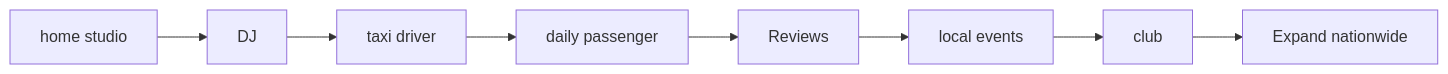
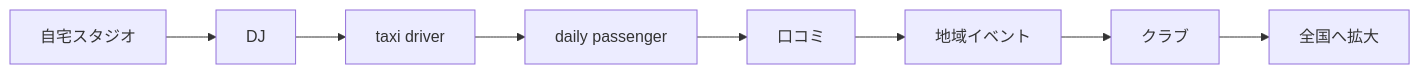
Before and after one commit to monumental-movement/monumental-movement.github.io: the second of 7 diagrams in en/_posts/2026-07-25-column-taxi-amapiano.md, drawn with Mermaid. The commit also changed other lines of this file and 2196 other files, not shown here.

```diff
--- a/en/_posts/2026-07-25-column-taxi-amapiano.md
+++ b/en/_posts/2026-07-25-column-taxi-amapiano.md
@@ -385,10 +384,10 @@
 <div class="mermaid">
 flowchart LR
-A[home studio] --> B[DJ]
+A[自宅スタジオ] --> B[DJ]
 B --> C[taxi driver]
 C --> D[daily passenger]
-D --> E[Reviews]
-E --> F[local events]
-F --> G[club]
-G --> H[Expand nationwide]
+D --> E[口コミ]
+E --> F[地域イベント]
+F --> G[クラブ]
+G --> H[全国へ拡大]
 </div>
```
